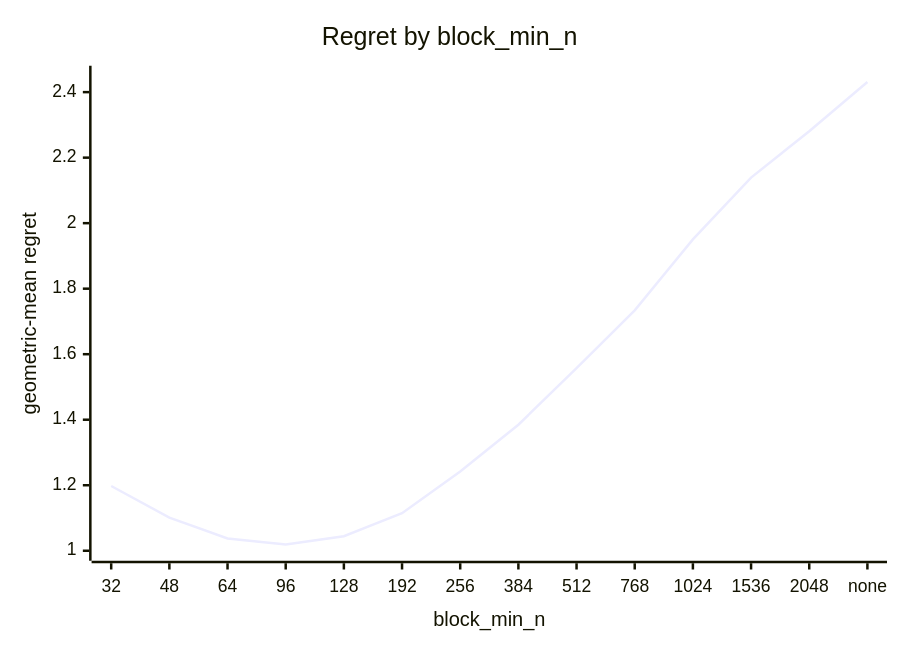
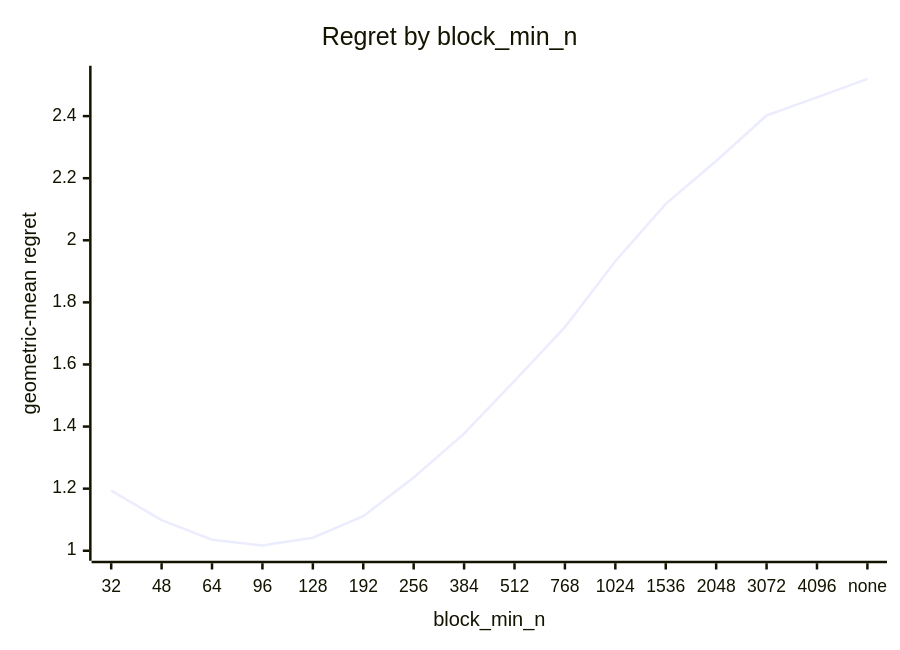
The first of 5 diagrams in docs/results/apple-m5-pro-20gpu/combined/eigh/report.md (c0rmac/metal-linalg), drawn with Mermaid before and after one commit. The commit also changed other lines of this file and 38 other files, not shown here.

````diff
--- a/docs/results/apple-m5-pro-20gpu/combined/eigh/report.md
+++ b/docs/results/apple-m5-pro-20gpu/combined/eigh/report.md
@@ -53,7 +54,7 @@
 ```mermaid
 xychart-beta
     title "Regret by block_min_n"
-    x-axis "block_min_n" [32, 48, 64, 96, 128, 192, 256, 384, 512, 768, 1024, 1536, 2048, none]
-    y-axis "geometric-mean regret" 1.0 --> 2.45
-    line [1.1977, 1.1012, 1.0377, 1.0193, 1.0445, 1.1148, 1.2417, 1.3848, 1.5577, 1.7339, 1.9506, 2.1392, 2.2804, 2.4309]
+    x-axis "block_min_n" [32, 48, 64, 96, 128, 192, 256, 384, 512, 768, 1024, 1536, 2048, 3072, 4096, none]
+    y-axis "geometric-mean regret" 1.0 --> 2.53
+    line [1.1935, 1.0986, 1.0355, 1.0173, 1.0420, 1.1112, 1.2362, 1.3771, 1.5470, 1.7201, 1.9325, 2.1174, 2.2555, 2.4021, 2.4603, 2.5199]
 ```
````
